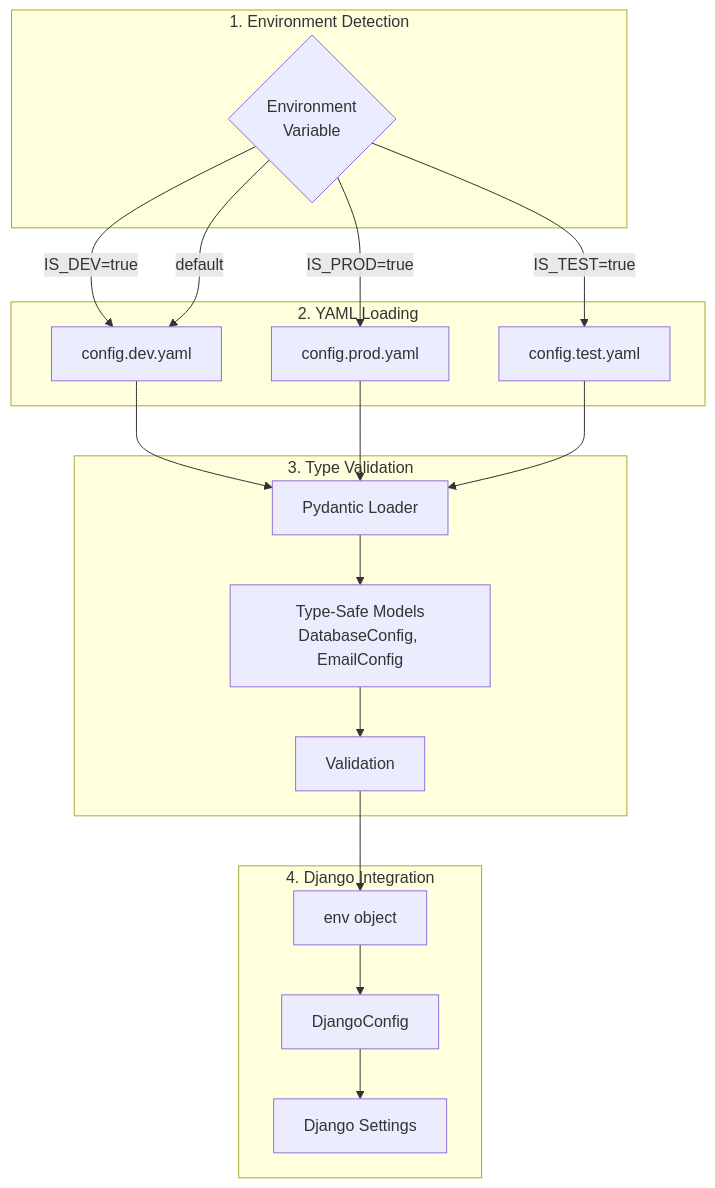
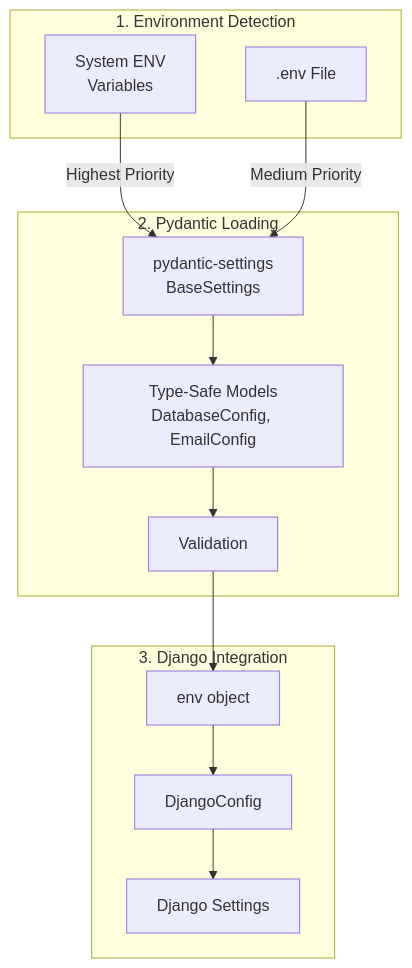
The diagram in docs/getting-started/configuration.md (markolofsen/django-cfg), drawn with Mermaid before and after one commit. The commit also changed other lines of this file and 3855 other files, not shown here.

````diff
--- a/docs/getting-started/configuration.md
+++ b/docs/getting-started/configuration.md
@@ -29,39 +31,28 @@
 ```mermaid
 graph TB
     subgraph "1. Environment Detection"
-        ENV{Environment<br/>Variable}
+        SYS_ENV[System ENV<br/>Variables]
+        DOTENV[.env File]
     end
 
-    subgraph "2. YAML Loading"
-        DEV[config.dev.yaml]
-        PROD[config.prod.yaml]
-        TEST[config.test.yaml]
-    end
-
-    subgraph "3. Type Validation"
-        LOADER[Pydantic Loader]
+    subgraph "2. Pydantic Loading"
+        LOADER[pydantic-settings<br/>BaseSettings]
         MODELS[Type-Safe Models<br/>DatabaseConfig, EmailConfig]
         VALIDATE[Validation]
     end
 
-    subgraph "4. Django Integration"
+    subgraph "3. Django Integration"
         ENV_OBJ[env object]
         CONFIG[DjangoConfig]
         DJANGO[Django Settings]
     end
 
-    ENV -->|IS_DEV=true| DEV
-    ENV -->|IS_PROD=true| PROD
-    ENV -->|IS_TEST=true| TEST
-    ENV -->|default| DEV
-
-    DEV --> LOADER
-    PROD --> LOADER
-    TEST --> LOADER
+    SYS_ENV -->|Highest Priority| LOADER
+    DOTENV -->|Medium Priority| LOADER
 
     LOADER --> MODELS
     MODELS --> VALIDATE
     VALIDATE --> ENV_OBJ
     ENV_OBJ --> CONFIG
     CONFIG --> DJANGO
 ```
````
